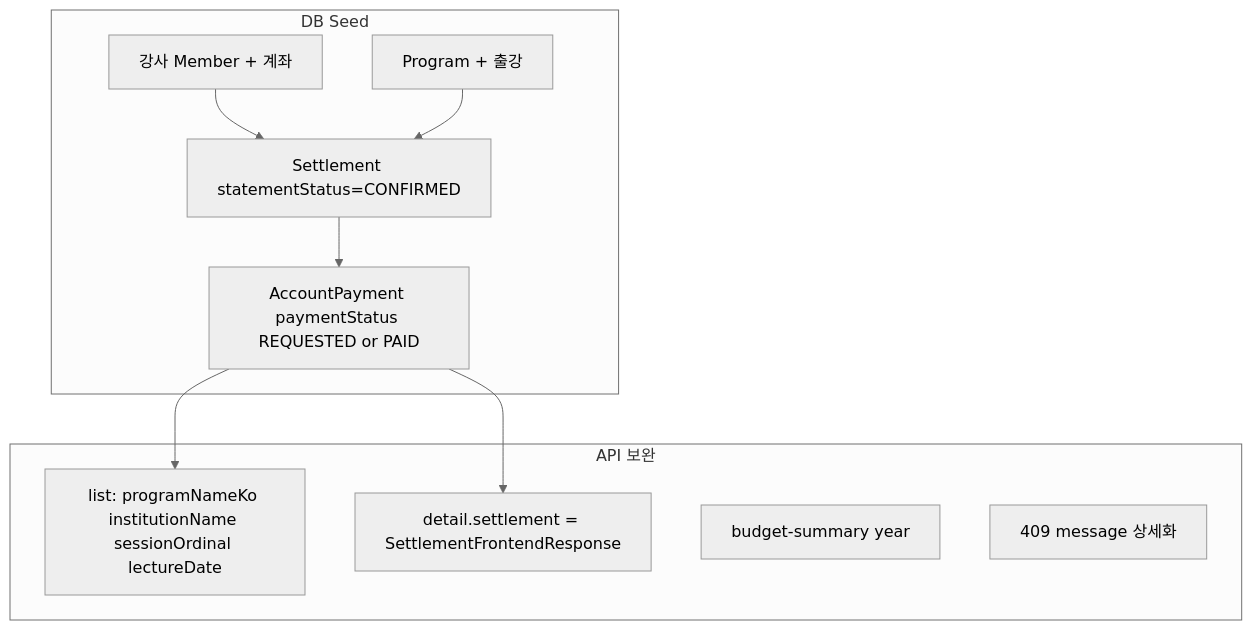
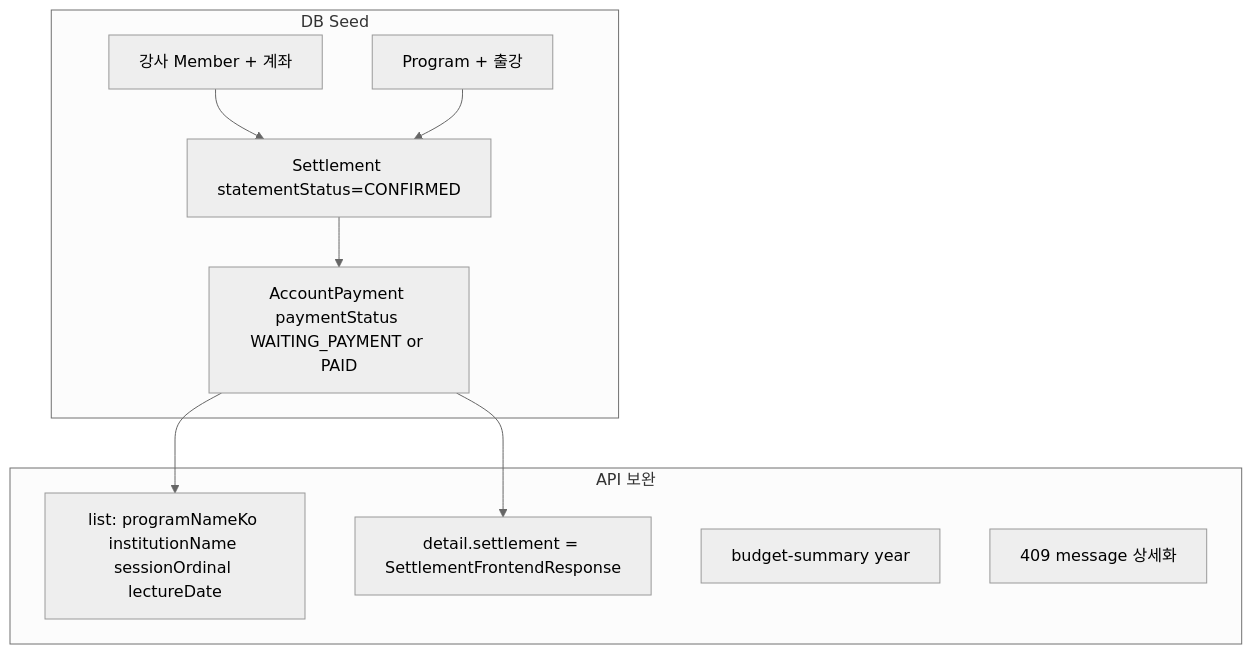
Before and after one commit to tintolab-development/jakorea: the diagram in apps/cms/docs/api/account-payments-backend-seed-handoff-2026-08-27.md, drawn with Mermaid (neutral theme). The commit also changed other lines of this file and 10 other files, not shown here.

````diff
--- a/apps/cms/docs/api/account-payments-backend-seed-handoff-2026-08-27.md
+++ b/apps/cms/docs/api/account-payments-backend-seed-handoff-2026-08-27.md
@@ -30,20 +32,20 @@
 ```mermaid
 flowchart TB
   subgraph seed [DB Seed]
     Members[강사 Member + 계좌]
     Programs[Program + 출강]
     Settlements["Settlement statementStatus=CONFIRMED"]
-    Payments["AccountPayment paymentStatus REQUESTED or PAID"]
+    Payments["AccountPayment paymentStatus WAITING_PAYMENT or PAID"]
   end
   subgraph api [API 보완]
     ListExtras["list: programNameKo institutionName sessionOrdinal lectureDate"]
     DetailEmbed["detail.settlement = SettlementFrontendResponse"]
     Budget["budget-summary year"]
     Msg409["409 message 상세화"]
   end
   Members --> Settlements
   Programs --> Settlements
   Settlements --> Payments
   Payments --> ListExtras
   Payments --> DetailEmbed
 ```
````
